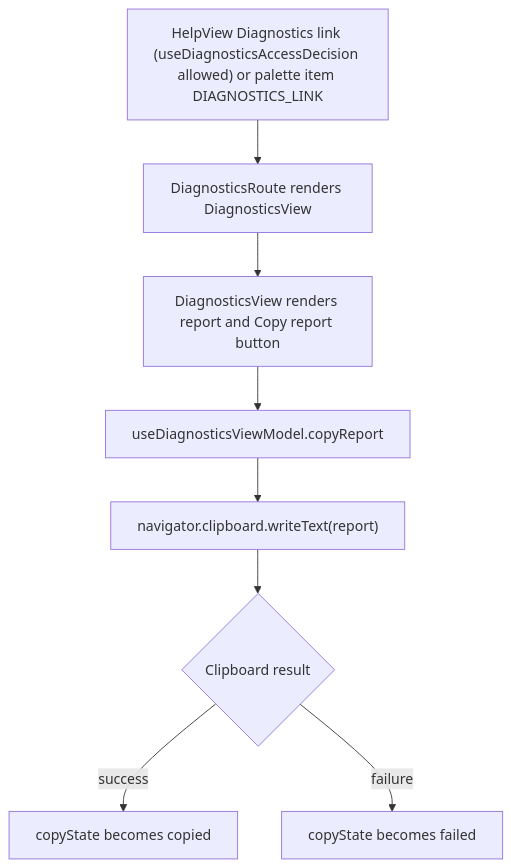
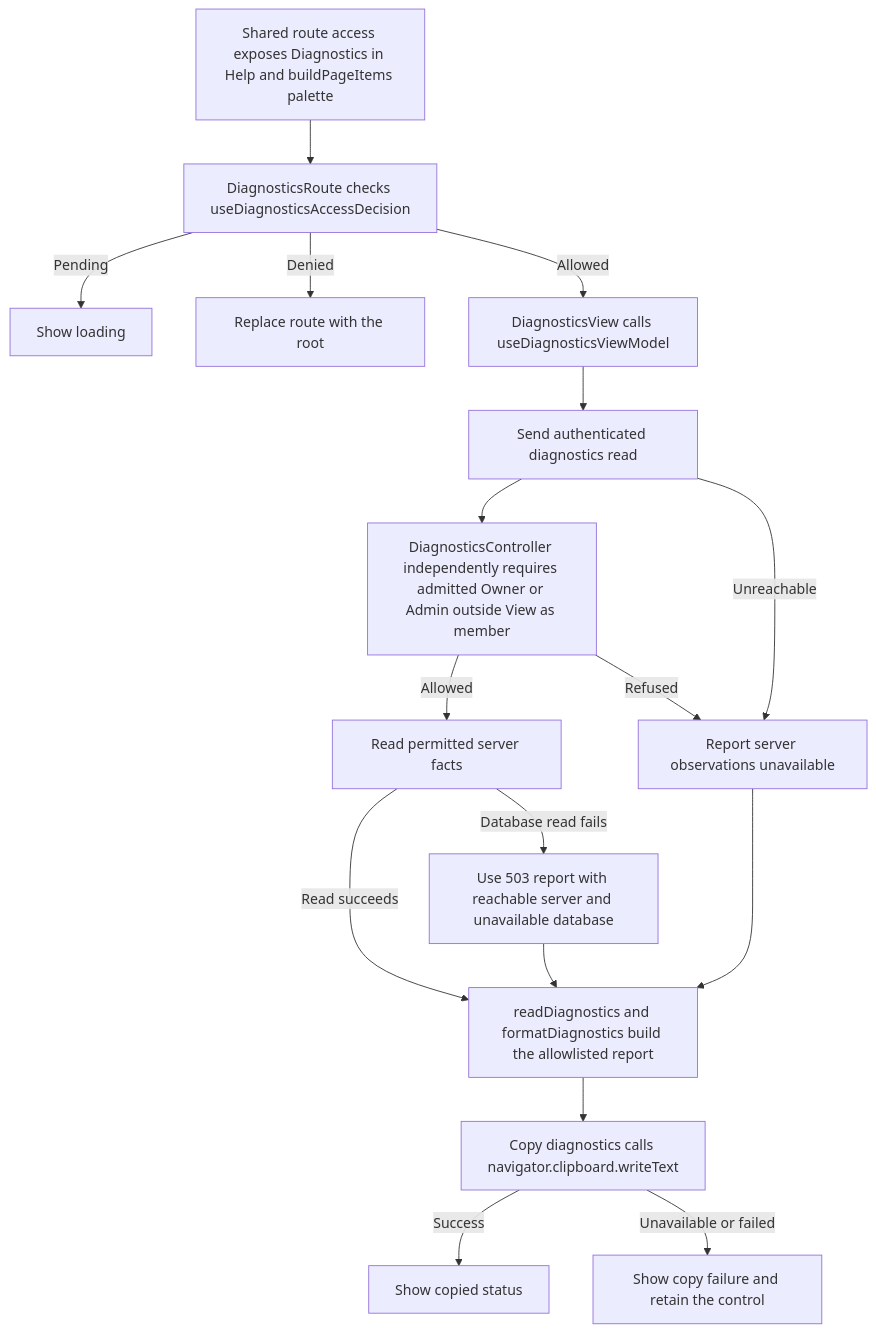
One commit to Kevinjohn/capacitylens changed the second of 2 diagrams in user-stories/settings/US-SET-16-diagnostics.md. Above: the diagram before and after it, drawn with Mermaid. The commit also changed other lines of this file and 172 other files, not shown here.

Commit message:
docs: reconcile user story code flows with source

````diff
--- a/user-stories/settings/US-SET-16-diagnostics.md
+++ b/user-stories/settings/US-SET-16-diagnostics.md
@@ -29,9 +29,19 @@
 ```mermaid
 flowchart TD
-  entry["HelpView Diagnostics link (useDiagnosticsAccessDecision allowed) or palette item DIAGNOSTICS_LINK"] --> route["DiagnosticsRoute renders DiagnosticsView"]
-  route --> view["DiagnosticsView renders report and Copy report button"] --> viewModel["useDiagnosticsViewModel.copyReport"]
-  viewModel --> clipboard["navigator.clipboard.writeText(report)"]
-  clipboard --> state{"Clipboard result"}
-  state -->|"success"| copied["copyState becomes copied"]
-  state -->|"failure"| failed["copyState becomes failed"]
+  visibility["Shared route access exposes Diagnostics in Help and buildPageItems palette"] --> route["DiagnosticsRoute checks useDiagnosticsAccessDecision"]
+  route -->|Pending| loading["Show loading"]
+  route -->|Denied| redirect["Replace route with the root"]
+  route -->|Allowed| page["DiagnosticsView calls useDiagnosticsViewModel"]
+  page --> request["Send authenticated diagnostics read"]
+  request --> authorize["DiagnosticsController independently requires admitted Owner or Admin outside View as member"]
+  authorize -->|Allowed| response["Read permitted server facts"]
+  authorize -->|Refused| fallback["Report server observations unavailable"]
+  request -->|Unreachable| fallback
+  response -->|Read succeeds| format["readDiagnostics and formatDiagnostics build the allowlisted report"]
+  response -->|Database read fails| partial["Use 503 report with reachable server and unavailable database"]
+  partial --> format
+  fallback --> format
+  format --> copy["Copy diagnostics calls navigator.clipboard.writeText"]
+  copy -->|Success| copied["Show copied status"]
+  copy -->|Unavailable or failed| retry["Show copy failure and retain the control"]
 ```
````
